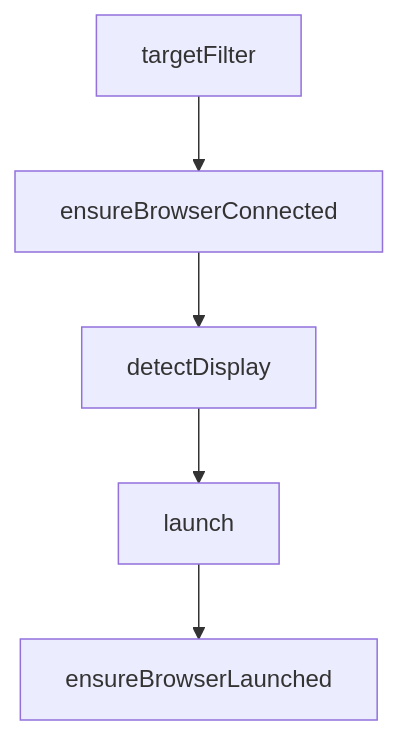
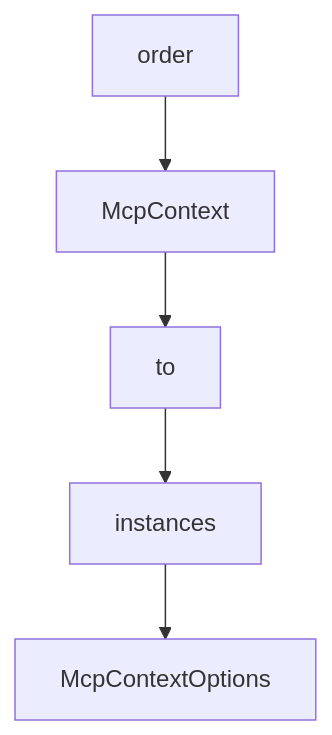
One commit to johnxie/awesome-code-docs changed the diagram in tutorials/chrome-devtools-mcp-tutorial/04-automation-tooling-input-and-navigation.md. Above: the diagram before and after it, drawn with Mermaid. The commit also changed other lines of this file and 1232 other files, not shown here.

````diff
--- a/tutorials/chrome-devtools-mcp-tutorial/04-automation-tooling-input-and-navigation.md
+++ b/tutorials/chrome-devtools-mcp-tutorial/04-automation-tooling-input-and-navigation.md
@@ -211,12 +209,12 @@
 ```mermaid
 flowchart TD
-    A[targetFilter]
-    B[ensureBrowserConnected]
-    C[detectDisplay]
-    D[launch]
-    E[ensureBrowserLaunched]
+    A[order]
+    B[McpContext]
+    C[to]
+    D[instances]
+    E[McpContextOptions]
     A --> B
     B --> C
     C --> D
     D --> E
 ```
````
